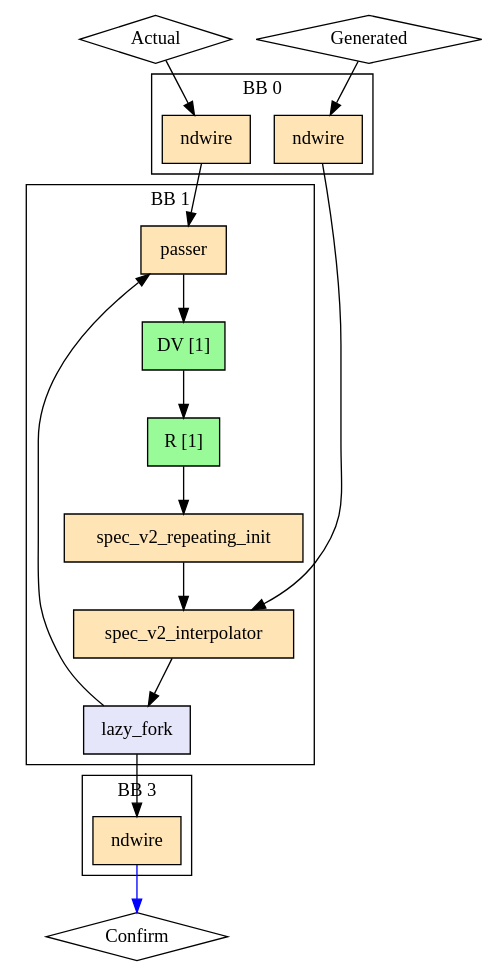
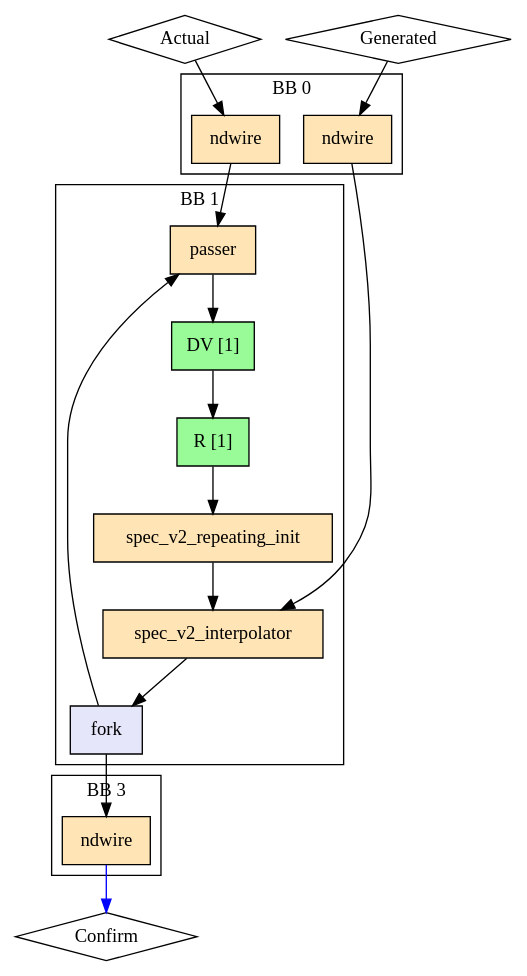
The diagram in experimental/tools/elastic-miter/out/resolver/lhs_reachability/model.dot (EPFL-LAP/dynamatic), drawn with Graphviz before and after one commit. The commit also changed 159 other files, not shown here.

```diff
--- a/experimental/tools/elastic-miter/out/resolver/lhs_reachability/model.dot
+++ b/experimental/tools/elastic-miter/out/resolver/lhs_reachability/model.dot
@@ -1,37 +1,37 @@
 Digraph G {
   splines=spline
   compound=true
   "Actual" ["style"="solid", "shape"="diamond", "label"="Actual", "mlir_op"="handshake.func"]
   "Generated" ["style"="solid", "shape"="diamond", "label"="Generated", "mlir_op"="handshake.func"]
   "Confirm" ["style"="solid", "shape"="diamond", "label"="Confirm", "mlir_op"="handshake.func"]
   "Actual" -> "ndw_in_Actual" ["dir"="both", "style"="solid", "arrowhead"="normal", "from_idx"="0", "to"="ins", "arrowtail"="none", "from"="Actual", "to_idx"="0"]
   "Generated" -> "ndw_in_Generated" ["dir"="both", "style"="solid", "arrowhead"="normal", "from_idx"="1", "to"="ins", "arrowtail"="none", "from"="Generated", "to_idx"="0"]
   "ndw_in_Actual" -> "passer" ["dir"="both", "style"="solid", "arrowhead"="normal", "from_idx"="0", "to"="data", "arrowtail"="none", "from"="outs", "to_idx"="0"]
   "ndw_in_Generated" -> "interpolator" ["dir"="both", "style"="solid", "arrowhead"="normal", "from_idx"="0", "to"="long", "arrowtail"="none", "from"="outs", "to_idx"="1"]
   "ndw_out_Confirm" -> "Confirm" ["dir"="both", "style"="solid", "arrowhead"="normal", "from_idx"="0", "color"="blue", "to"="Confirm", "arrowtail"="none", "from"="outs", "to_idx"="0"]
   "fork" -> "ndw_out_Confirm" ["dir"="both", "style"="solid", "arrowhead"="normal", "from_idx"="1", "to"="ins", "arrowtail"="none", "from"="outs_1", "to_idx"="0"]
   subgraph cluster0 {
     graph ["label"="BB 0"]
     "ndw_in_Actual" ["style"="filled", "fillcolor"="moccasin", "shape"="box", "label"="ndwire", "mlir_op"="handshake.ndwire"]
     "ndw_in_Generated" ["style"="filled", "fillcolor"="moccasin", "shape"="box", "label"="ndwire", "mlir_op"="handshake.ndwire"]
   }
   subgraph cluster3 {
     graph ["label"="BB 3"]
     "ndw_out_Confirm" ["style"="filled", "fillcolor"="moccasin", "shape"="box", "label"="ndwire", "mlir_op"="handshake.ndwire"]
   }
   subgraph cluster1 {
     graph ["label"="BB 1"]
     "passer" ["style"="filled", "fillcolor"="moccasin", "shape"="box", "label"="passer", "mlir_op"="handshake.passer"]
     "buf1" ["style"="filled", "fillcolor"="palegreen", "shape"="box", "label"="DV [1]", "mlir_op"="handshake.buffer"]
     "buf2" ["style"="filled", "fillcolor"="palegreen", "shape"="box", "label"="R [1]", "mlir_op"="handshake.buffer"]
     "ri" ["style"="filled", "fillcolor"="moccasin", "shape"="box", "label"="spec_v2_repeating_init", "mlir_op"="handshake.spec_v2_repeating_init"]
     "interpolator" ["style"="filled", "fillcolor"="moccasin", "shape"="box", "label"="spec_v2_interpolator", "mlir_op"="handshake.spec_v2_interpolator"]
-    "fork" ["style"="filled", "fillcolor"="lavender", "shape"="box", "label"="lazy_fork", "mlir_op"="handshake.lazy_fork"]
+    "fork" ["style"="filled", "fillcolor"="lavender", "shape"="box", "label"="fork", "mlir_op"="handshake.fork"]
     "passer" -> "buf1" ["dir"="both", "style"="solid", "arrowhead"="normal", "from_idx"="0", "to"="ins", "arrowtail"="none", "from"="result", "to_idx"="0"]
     "buf1" -> "buf2" ["dir"="both", "style"="solid", "arrowhead"="normal", "from_idx"="0", "to"="ins", "arrowtail"="none", "from"="outs", "to_idx"="0"]
     "buf2" -> "ri" ["dir"="both", "style"="solid", "arrowhead"="normal", "from_idx"="0", "to"="ins", "arrowtail"="none", "from"="outs", "to_idx"="0"]
     "ri" -> "interpolator" ["dir"="both", "style"="solid", "arrowhead"="normal", "from_idx"="0", "to"="short", "arrowtail"="none", "from"="outs", "to_idx"="0"]
     "interpolator" -> "fork" ["dir"="both", "style"="solid", "arrowhead"="normal", "from_idx"="0", "to"="ins", "arrowtail"="none", "from"="result", "to_idx"="0"]
     "fork" -> "passer" ["dir"="both", "style"="solid", "arrowhead"="normal", "from_idx"="0", "to"="ctrl", "arrowtail"="none", "from"="outs_0", "to_idx"="1"]
   }
 }
```
